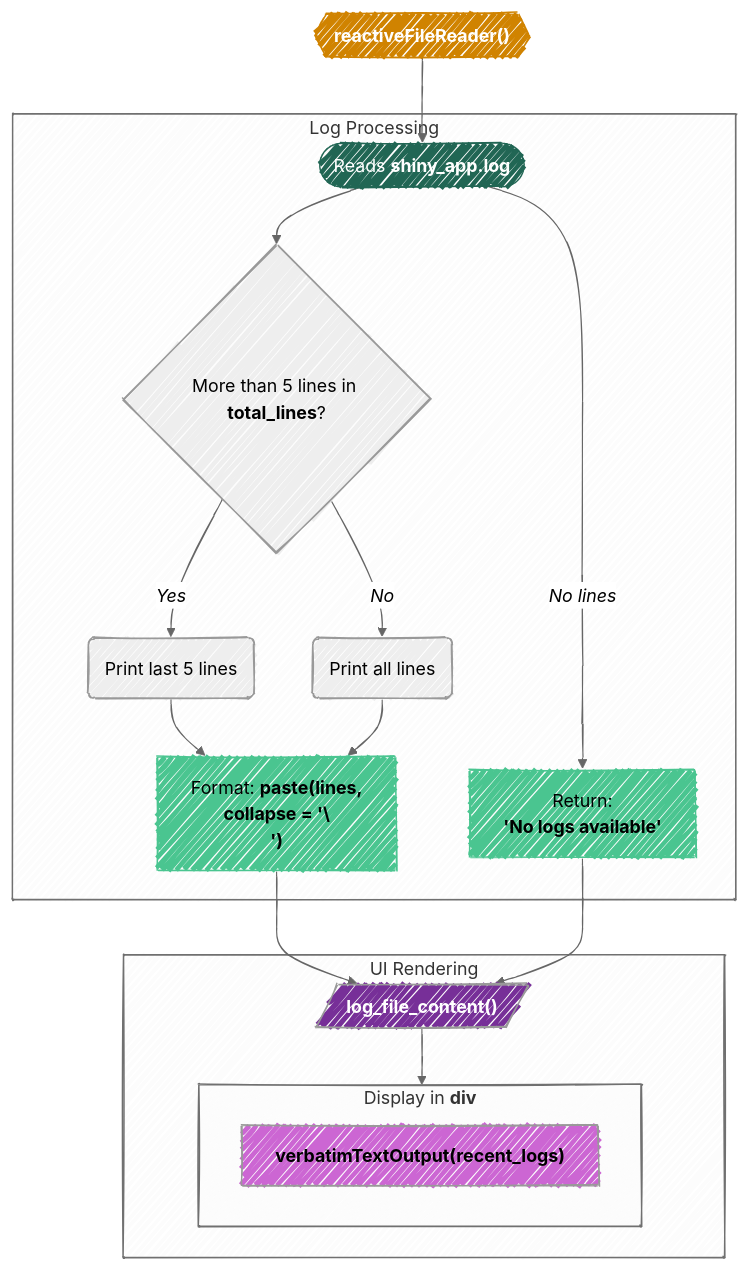
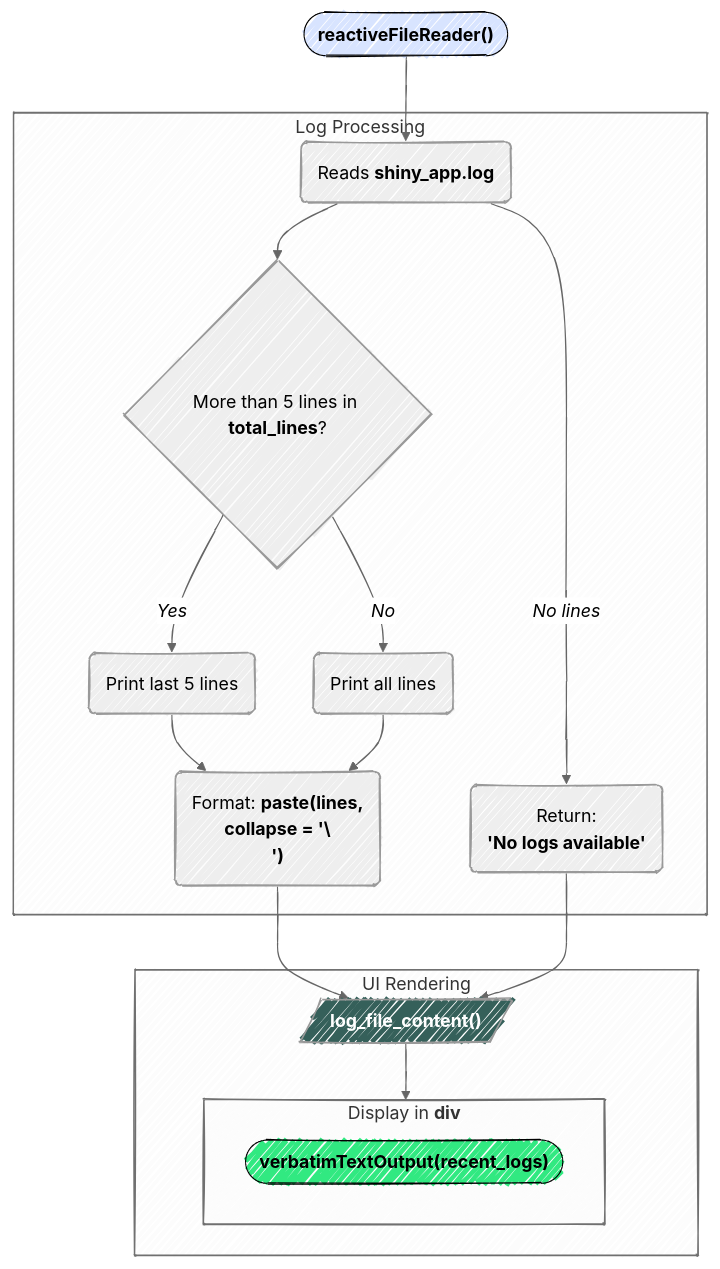
Before and after one commit to mjfrigaard/do4ds-labs: the third of 3 diagrams in app-log-r.qmd, drawn with Mermaid. The commit also changed other lines of this file and 18 other files, not shown here.

````diff
--- a/app-log-r.qmd
+++ b/app-log-r.qmd
@@ -615,47 +587,46 @@
 ```{mermaid}
 %%| fig-cap: 'Displaying logs'
 %%| fig-align: center
 %%| fig-width: 7.0
 %%{init: {'theme': 'neutral', 'look': 'handDrawn', 'themeVariables': { 'fontFamily': 'monospace'}}}%%
 
 flowchart TD
-
-  A{{"<strong>reactiveFileReader()</strong> "}}
+  A(["<strong>reactiveFileReader()</strong> "])
 
  subgraph LogProc["Log Processing"]
-        H(["Reads <strong>shiny_app.log</strong>"])
+        H("Reads <strong>shiny_app.log</strong>")
         I{"More than 5 lines in <strong>total_lines</strong>?"}
         J("Print last 5 lines")
         K("Print all lines")
-        L["Format: <strong>paste(lines,</strong><br><strong>collapse = '\\n')</strong>"]
-        M["Return:<br><strong>'No logs available'</strong>"]
+        L("Format: <strong>paste(lines,</strong><br><strong>collapse = '\\n')</strong>")
+        M("Return:<br><strong>'No logs available'</strong>")
   end
 
     A --> H
     H --> I
     I -- "<em>Yes</em" --> J
     I -- "<em>No</em>" --> K
     J --> L
     K --> L
     H -- "<em>No lines</em>"--> M
 
  subgraph UI["UI Rendering"]
      N[/"<strong>log_file_content()</strong>"/]
      subgraph P["Display in <strong>div</strong>"]
-         O["<strong>verbatimTextOutput(recent_logs)</strong>"]
+         O(["<strong>verbatimTextOutput(recent_logs)</strong>"])
      end
   end
   
   L & M --> N
   N --> P
 
-  style A fill:#d08300,stroke:#d08300,color:#fff,rx:12,ry:12,text-align:center
-  style H fill:#216654,stroke:#216654,color:#fff,rx:12,ry:12,text-align:center
-  
-  style L fill:#4ac590,stroke:#4ac590,color:#000,rx:12,ry:12
-  style M fill:#4ac590,stroke:#4ac590,color:#000,rx:12,ry:12
-  
-  style N fill:#772f98,color:#fff,text-align:center
-  style O fill:#cc66d3,color:#000,text-align:center
+	style A fill:#d8e4ff,stroke:#000,stroke-width:1px
+    style N fill:#35605a,color:#fff
+    
+    classDef log fill:#d8e4ff,stroke:#000,stroke-width:1px
+    class A log
+    
+    classDef outcome fill:#31e981,stroke:#000,stroke-width:1px
+    class O outcome
 
 ```
````
